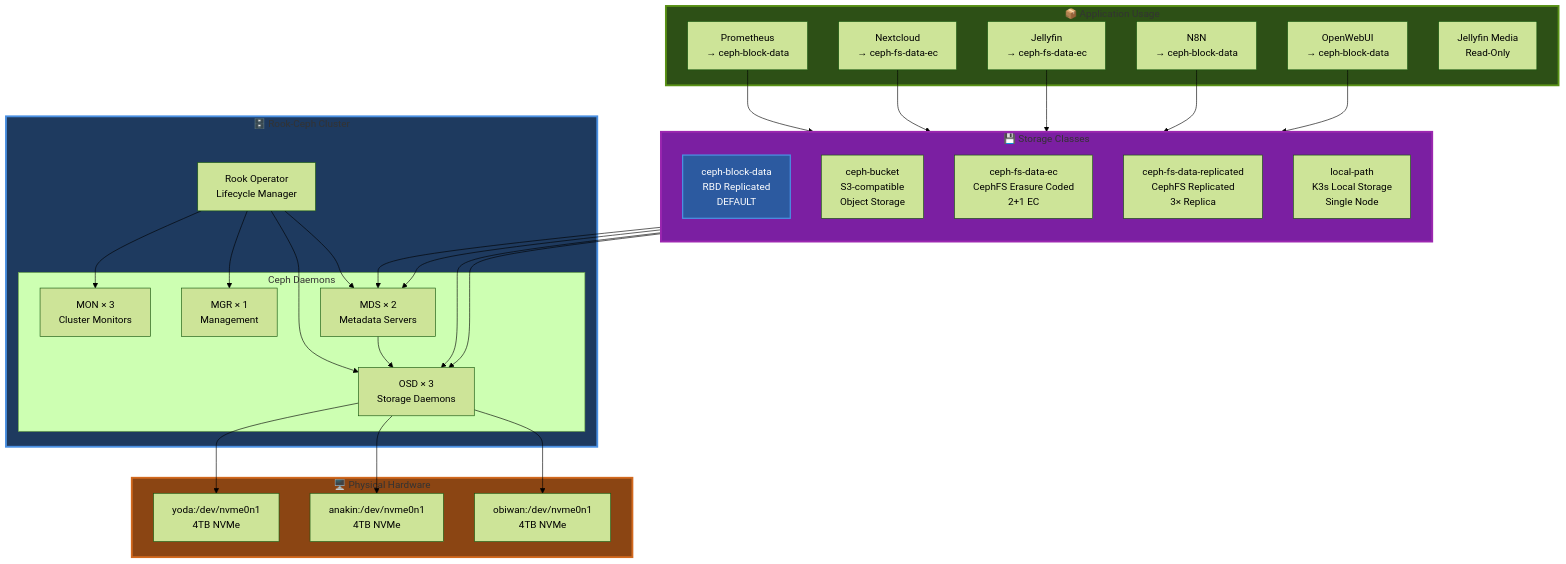
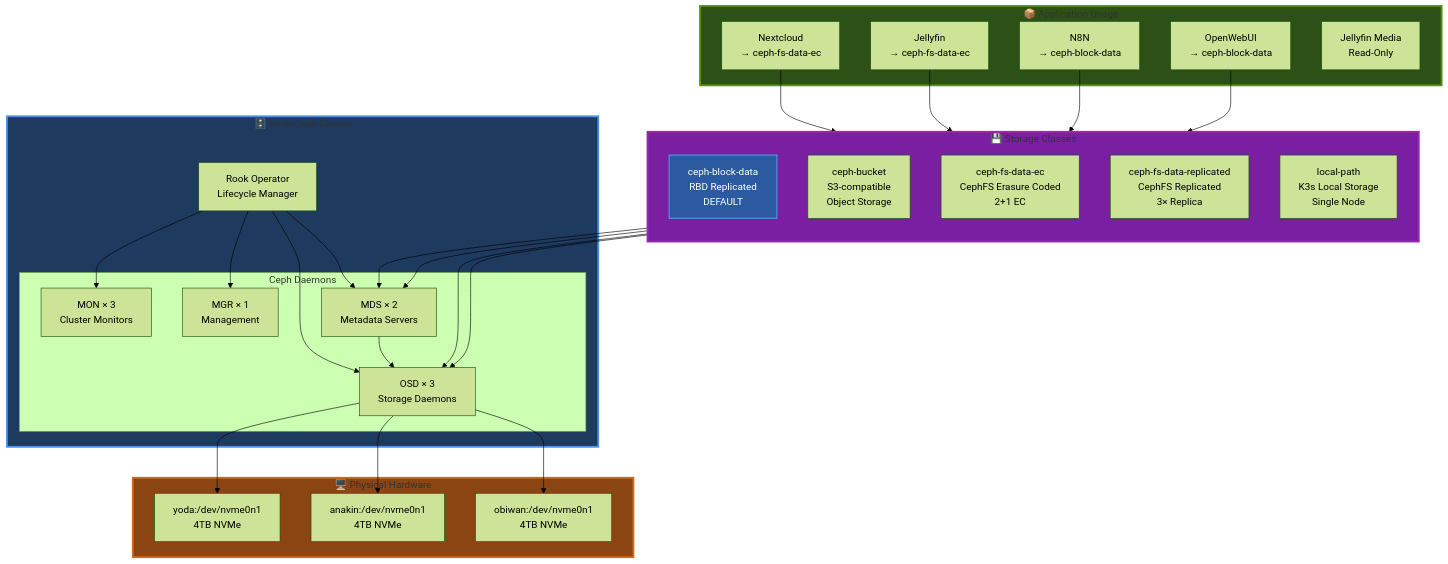
One commit to seadogger-tech/seadogger-homelab changed the diagram in docs/wiki/06-Storage-Rook-Ceph.md. Above: the diagram before and after it, drawn with Mermaid (forest theme). The commit also changed 18 other files, not shown here.

````diff
--- a/docs/wiki/06-Storage-Rook-Ceph.md
+++ b/docs/wiki/06-Storage-Rook-Ceph.md
@@ -22,64 +22,62 @@
 ```mermaid
 graph TB
     subgraph RookCeph["🗄️ Rook-Ceph Cluster"]
         Operator[Rook Operator<br/>Lifecycle Manager]
 
         subgraph Daemons["Ceph Daemons"]
             MON[MON × 3<br/>Cluster Monitors]
             MGR[MGR × 1<br/>Management]
             OSD[OSD × 3<br/>Storage Daemons]
             MDS[MDS × 2<br/>Metadata Servers]
         end
     end
 
     subgraph Storage["💾 Storage Classes"]
         direction TB
         Default[ceph-block-data<br/>RBD Replicated<br/>DEFAULT]
         Bucket[ceph-bucket<br/>S3-compatible<br/>Object Storage]
         FSEC[ceph-fs-data-ec<br/>CephFS Erasure Coded<br/>2+1 EC]
         FSRep[ceph-fs-data-replicated<br/>CephFS Replicated<br/>3× Replica]
         LocalPath[local-path<br/>K3s Local Storage<br/>Single Node]
     end
 
     subgraph Hardware["🖥️ Physical Hardware"]
         NVMe1[yoda:/dev/nvme0n1<br/>4TB NVMe]
         NVMe2[anakin:/dev/nvme0n1<br/>4TB NVMe]
         NVMe3[obiwan:/dev/nvme0n1<br/>4TB NVMe]
     end
 
     subgraph AppsLayer["📦 Application Usage"]
-        PrometheusApp[Prometheus<br/>→ ceph-block-data]
         NextcloudApp[Nextcloud<br/>→ ceph-fs-data-ec]
         JellyfinApp[Jellyfin<br/>→ ceph-fs-data-ec]
         N8NApp[N8N<br/>→ ceph-block-data]
         OpenWebUIApp[OpenWebUI<br/>→ ceph-block-data]
         JellyfinMedia[Jellyfin Media<br/>Read-Only]
     end
 
     Operator --> MON
     Operator --> MGR
     Operator --> OSD
     Operator --> MDS
 
     OSD --> NVMe1
     OSD --> NVMe2
     OSD --> NVMe3
 
     Default --> OSD
     Bucket --> OSD
     FSEC --> MDS
     FSRep --> MDS
     MDS --> OSD
 
-    PrometheusApp --> Default
     NextcloudApp --> FSEC
     JellyfinApp --> FSEC
     N8NApp --> Default
     OpenWebUIApp --> Default
 
     style RookCeph fill:#1e3a5f,stroke:#4a90e2,stroke-width:3px
     style Storage fill:#7b1fa2,stroke:#9c27b0,stroke-width:3px
     style Hardware fill:#8b4513,stroke:#d2691e,stroke-width:3px
     style AppsLayer fill:#2d5016,stroke:#5a9216,stroke-width:3px
     style Default fill:#2c5aa0,stroke:#4a90e2,stroke-width:2px,color:#fff
 ```
````
